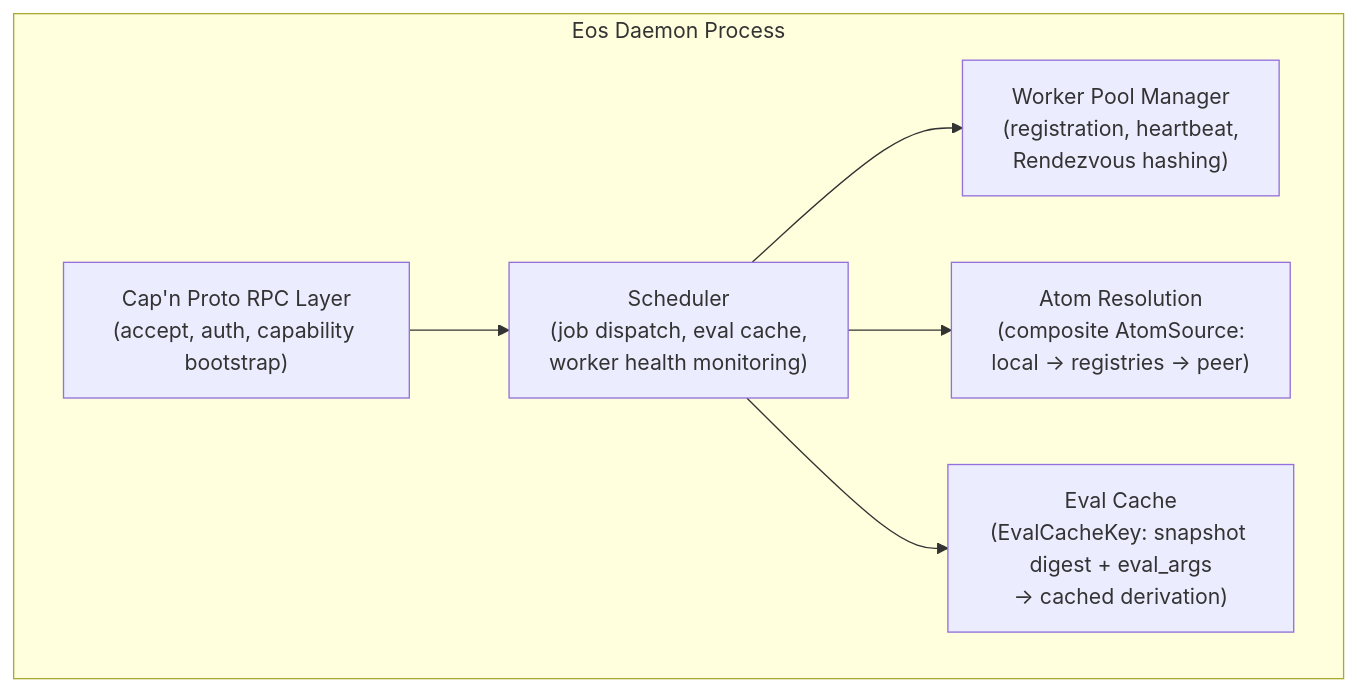
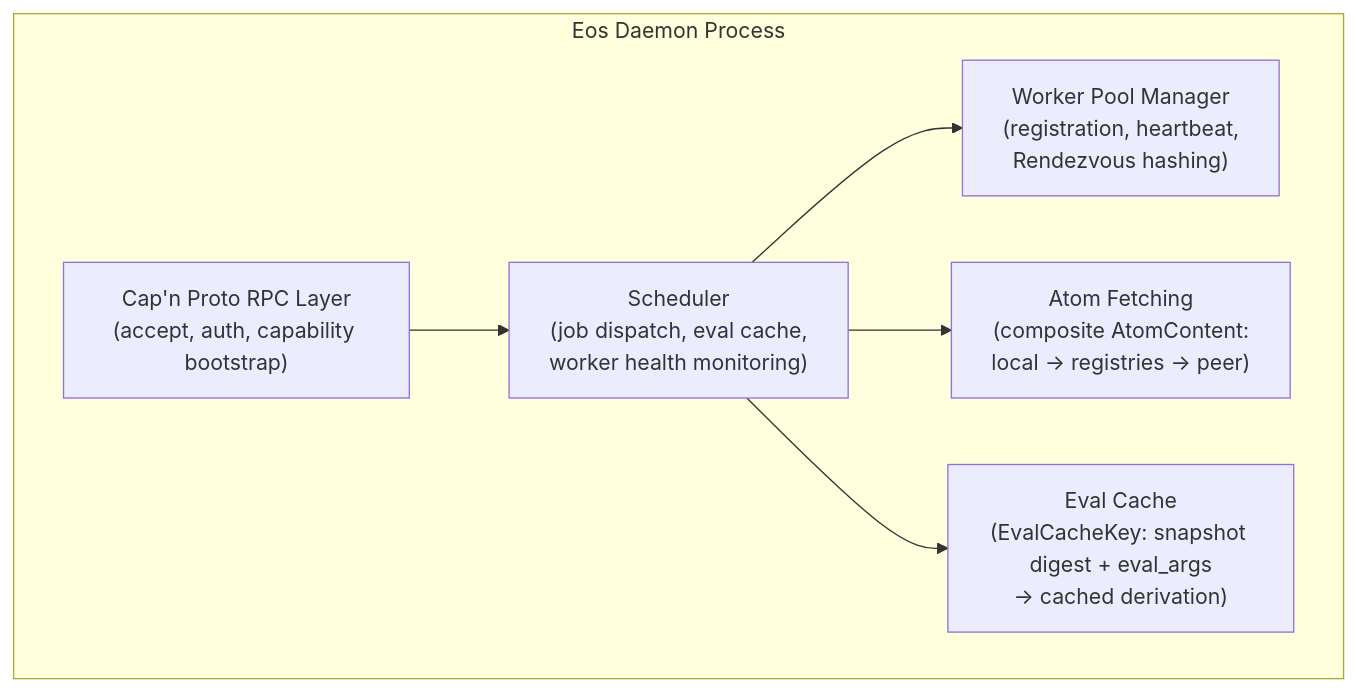
One commit to axiosoph/axios changed the third of 10 diagrams in docs/architecture/eos-sad.md. Above: the diagram before and after it, drawn with Mermaid. The commit also changed other lines of this file, not shown here.

````diff
--- a/docs/architecture/eos-sad.md
+++ b/docs/architecture/eos-sad.md
@@ -287,15 +304,15 @@
 ```mermaid
 graph TB
     subgraph "Eos Daemon Process"
         RPC["Cap'n Proto RPC Layer<br/>(accept, auth, capability bootstrap)"]
         SCHED["Scheduler<br/>(job dispatch, eval cache,<br/>worker health monitoring)"]
         WPOOL["Worker Pool Manager<br/>(registration, heartbeat,<br/>Rendezvous hashing)"]
-        ARES["Atom Resolution<br/>(composite AtomSource:<br/>local → registries → peer)"]
+        ARES["Atom Fetching<br/>(composite AtomContent:<br/>local → registries → peer)"]
         ECACHE["Eval Cache<br/>(EvalCacheKey: snapshot digest + eval_args<br/>→ cached derivation)"]
     end
 
     RPC --> SCHED
     SCHED --> WPOOL
     SCHED --> ARES
     SCHED --> ECACHE
 ```
````
